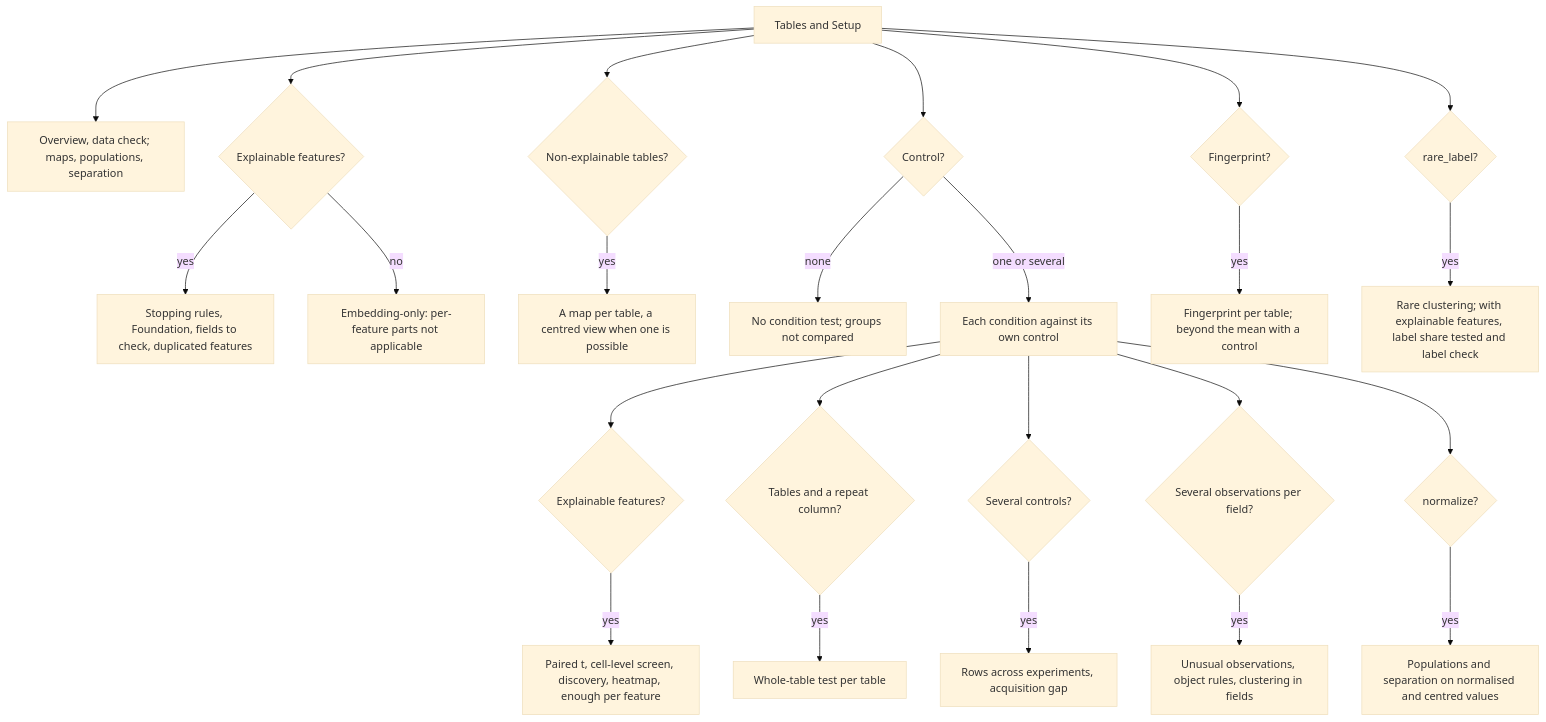
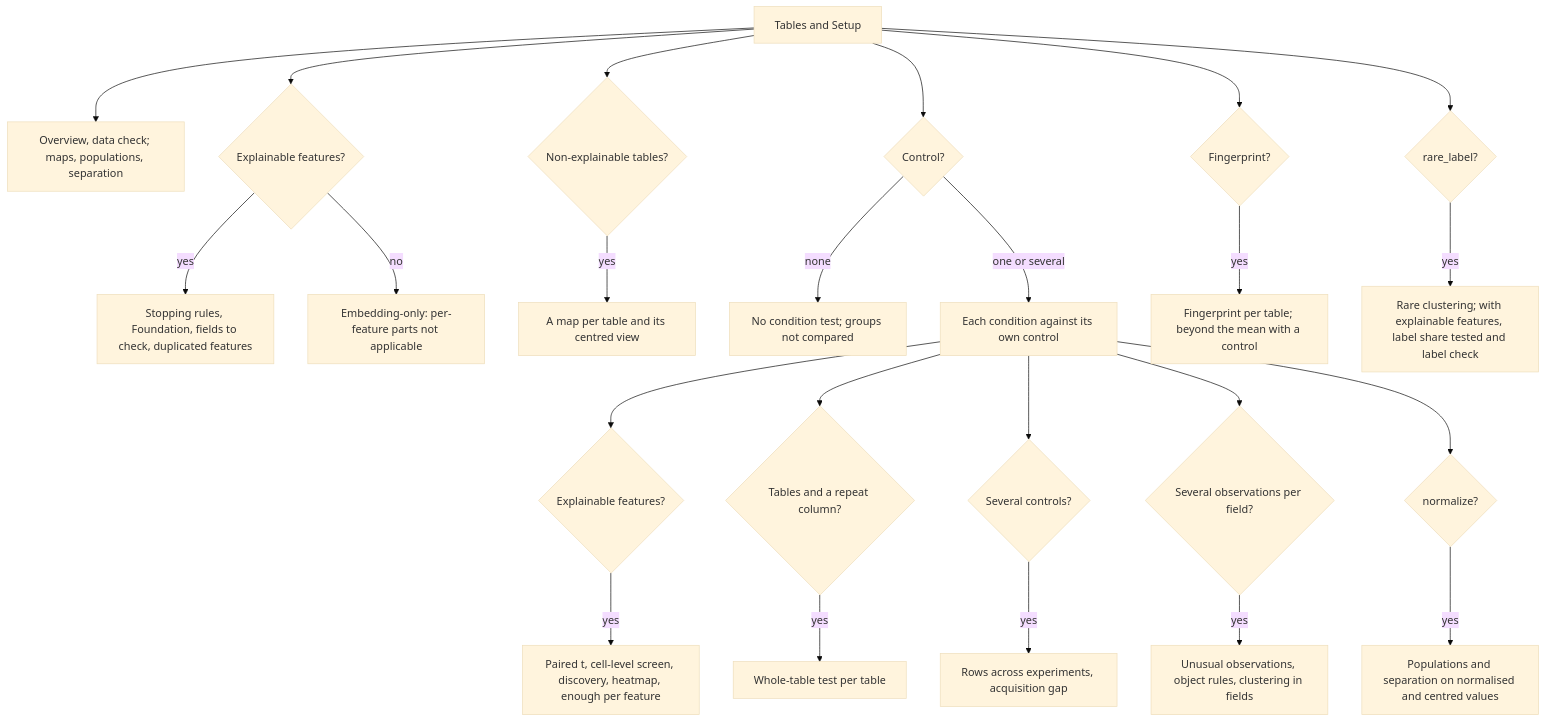
The diagram in docs/common/what_happens.md (CellMigrationLab/MorphoCoverage), drawn with Mermaid (base theme) before and after one commit. The commit also changed other lines of this file and 11 other files, not shown here.

First line of the commit message:
Audit 8: tables centred on the median of the per-condition medians

````diff
--- a/docs/common/what_happens.md
+++ b/docs/common/what_happens.md
@@ -83,26 +83,26 @@
 ```mermaid
 flowchart TD
     IN["Tables and Setup"] --> ALL["Overview, data check; maps, populations, separation"]
     IN --> EX{"Explainable features?"}
     EX -- "yes" --> RUL["Stopping rules, Foundation, fields to check, duplicated features"]
     EX -- "no" --> EMB["Embedding-only: per-feature parts not applicable"]
     IN --> NE{"Non-explainable tables?"}
-    NE -- "yes" --> TAB["A map per table, a centred view when one is possible"]
+    NE -- "yes" --> TAB["A map per table and its centred view"]
     IN --> CT{"Control?"}
     CT -- "none" --> NOC["No condition test; groups not compared"]
     CT -- "one or several" --> OWN["Each condition against its own control"]
     OWN --> PF{"Explainable features?"}
     PF -- "yes" --> PFT["Paired t, cell-level screen, discovery, heatmap, enough per feature"]
     OWN --> WT{"Tables and a repeat column?"}
     WT -- "yes" --> WTT["Whole-table test per table"]
     OWN --> SEV{"Several controls?"}
     SEV -- "yes" --> ACR["Rows across experiments, acquisition gap"]
     OWN --> ONE{"Several observations per field?"}
     ONE -- "yes" --> UNU["Unusual observations, object rules, clustering in fields"]
     OWN --> NRM{"normalize?"}
     NRM -- "yes" --> NV["Populations and separation on normalised and centred values"]
     IN --> FP{"Fingerprint?"}
     FP -- "yes" --> FPT["Fingerprint per table; beyond the mean with a control"]
     IN --> LB{"rare_label?"}
     LB -- "yes" --> LBT["Rare clustering; with explainable features, label share tested and label check"]
 ```
````
